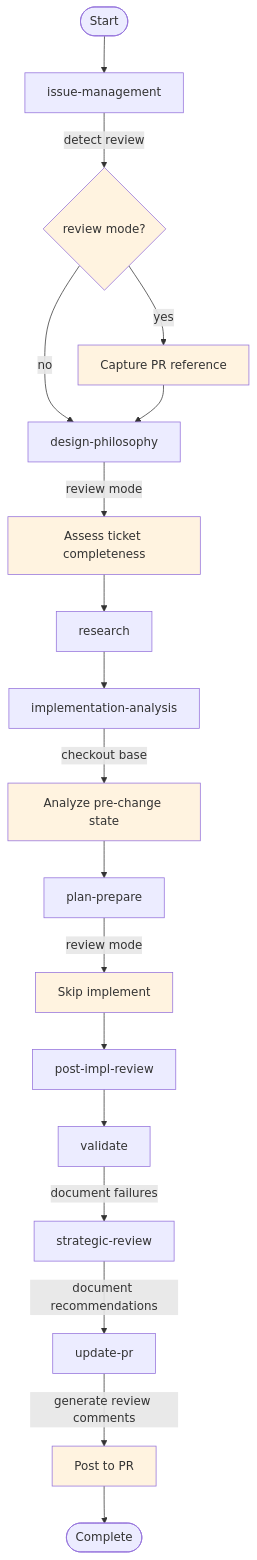
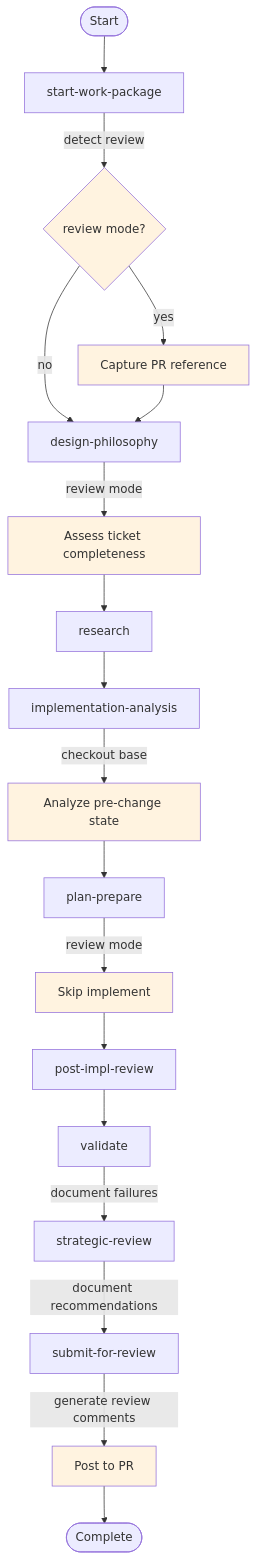
Before and after one commit to m2ux/workflow-server: the diagram in work-package/REVIEW-MODE.md, drawn with Mermaid. The commit also changed other lines of this file and 9 other files, not shown here.

First line of the commit message:
fix(work-package): apply 21 design-principle audit findings

````diff
--- a/work-package/REVIEW-MODE.md
+++ b/work-package/REVIEW-MODE.md
@@ -80,33 +80,33 @@
 ```mermaid
 graph TD
-    Start([Start]) --> IM[issue-management]
+    Start([Start]) --> IM[start-work-package]
     IM -->|detect review| DETECT{review mode?}
     
     DETECT -->|yes| CAPTURE[Capture PR reference]
     DETECT -->|no| DP
     
     CAPTURE --> DP[design-philosophy]
     DP -->|review mode| TICKET[Assess ticket completeness]
     TICKET --> RS[research]
     
     RS --> IA[implementation-analysis]
     IA -->|checkout base| BASELINE[Analyze pre-change state]
     BASELINE --> PP[plan-prepare]
     
     PP -->|review mode| SKIP_IMP[Skip implement]
     SKIP_IMP --> PIR[post-impl-review]
     
     PIR --> VAL[validate]
     VAL -->|document failures| SR[strategic-review]
     
-    SR -->|document recommendations| UPR[update-pr]
+    SR -->|document recommendations| UPR[submit-for-review]
     UPR -->|generate review comments| POST[Post to PR]
     POST --> Done([Complete])
     
     style DETECT fill:#fff3e0
     style CAPTURE fill:#fff3e0
     style TICKET fill:#fff3e0
     style BASELINE fill:#fff3e0
     style SKIP_IMP fill:#fff3e0
     style POST fill:#fff3e0
 ```
````
